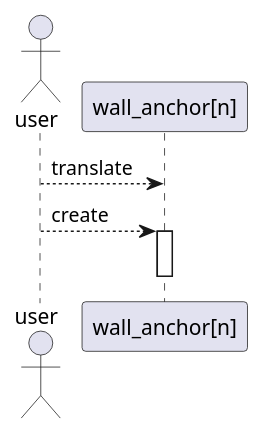
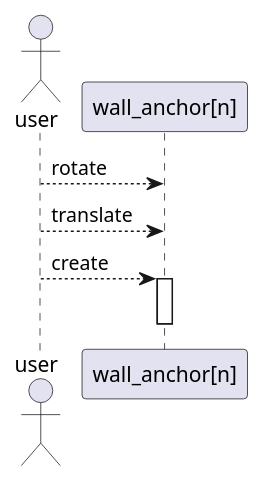
One commit to lj314159/openScad changed the fourth of 4 diagrams in masOpenScad/documentation.md. Above: the diagram before and after it, drawn with PlantUML. The commit also changed other lines of this file and 1 other file, not shown here.

````diff
--- a/masOpenScad/documentation.md
+++ b/masOpenScad/documentation.md
@@ -63,10 +64,11 @@
 ```puml
 @startuml
 actor user
 participant "wall_anchor[n]" as wall_anchor
+user --> wall_anchor : rotate
 user --> wall_anchor : translate
 user --> wall_anchor : create
 activate wall_anchor
 deactivate wall_anchor
 @enduml
 ```
````
